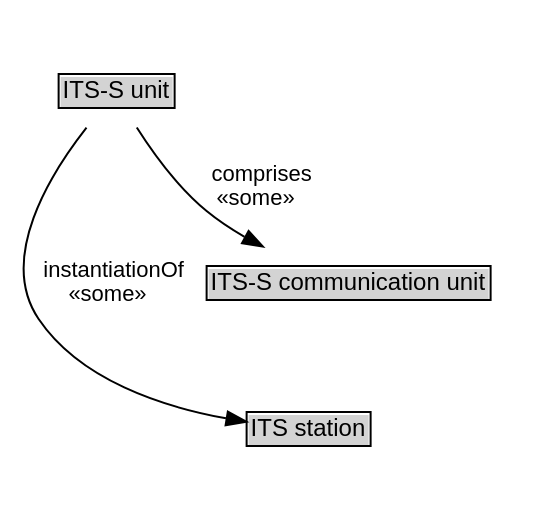
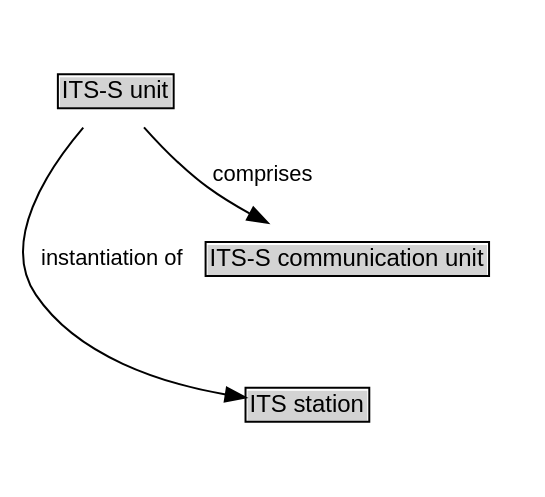
The diagram in docs/diagrams/ITS-S unit.dot (k-vaughn/iso14812), drawn with Graphviz before and after one commit. The commit also changed 3392 other files, not shown here.

```diff
--- a/docs/diagrams/ITS-S unit.dot
+++ b/docs/diagrams/ITS-S unit.dot
@@ -1,23 +1,21 @@
 // Diagram for ITS-S unit
 digraph {
 	graph [overlap=false rankdir=TB splines=true]
 	node [fontname=Arial fontsize=12 margin=0 shape=none]
 	edge [fontname=Arial fontsize=11]
 	{
 		rank=max
-		"ITS-S unit" [label=<<TABLE BORDER="1" CELLBORDER="0" CELLSPACING="0" CELLPADDING="1"><TR><TD BGCOLOR="lightgray" ALIGN="CENTER" PORT="e">ITS-S unit</TD></TR></TABLE>> URL="../classes/itsVocabulary__ITS-S unit.md" margin=0]
+		"ITS-S unit" [label=<<TABLE BORDER="1" CELLBORDER="0" CELLSPACING="0" CELLPADDING="1"><TR><TD BGCOLOR="lightgray" ALIGN="CENTER" PORT="e">ITS-S unit</TD></TR></TABLE>> margin=0]
 	}
 	subgraph cluster_associated {
 		label="" style=invis
 		Invis [label=<<TABLE BORDER="0" CELLBORDER="0" CELLSPACING="0" CELLPADDING="1"><TR><TD></TD></TR></TABLE>> margin=0 style=invis]
-		"its-sCommunicationUnit" [label=<<TABLE BORDER="1" CELLBORDER="0" CELLSPACING="0" CELLPADDING="1"><TR><TD BGCOLOR="lightgray" ALIGN="CENTER">ITS-S communication unit</TD></TR></TABLE>> URL="../ITS-S communication unit/" margin=0 target=_top]
-		itsStation [label=<<TABLE BORDER="1" CELLBORDER="0" CELLSPACING="0" CELLPADDING="1"><TR><TD BGCOLOR="lightgray" ALIGN="CENTER">ITS station</TD></TR></TABLE>> URL="../ITS station/" margin=0 target=_top]
+		"its-sCommunicationUnit" [label=<<TABLE BORDER="1" CELLBORDER="0" CELLSPACING="0" CELLPADDING="1"><TR><TD BGCOLOR="lightgray" ALIGN="CENTER">ITS-S communication unit</TD></TR></TABLE>> URL="../terms/ITS-S communication unit/" margin=0 target=_top]
+		itsStation [label=<<TABLE BORDER="1" CELLBORDER="0" CELLSPACING="0" CELLPADDING="1"><TR><TD BGCOLOR="lightgray" ALIGN="CENTER">ITS station</TD></TR></TABLE>> URL="../terms/ITS station/" margin=0 target=_top]
 	}
 	"ITS-S unit" -> Invis [style=invis]
 	Invis -> "its-sCommunicationUnit" [style=invis]
 	"its-sCommunicationUnit" -> itsStation [style=invis]
-	"ITS-S unit" -> itsStation [label=" instantiationOf 
- «some»  " arrowhead=normal style=solid]
-	"ITS-S unit" -> "its-sCommunicationUnit" [label=" comprises 
- «some»  " arrowhead=normal style=solid]
+	"ITS-S unit" -> "its-sCommunicationUnit" [label=" comprises " arrowhead=normal style=solid]
+	"ITS-S unit" -> itsStation [label=" instantiation of " arrowhead=normal style=solid]
 }
```
